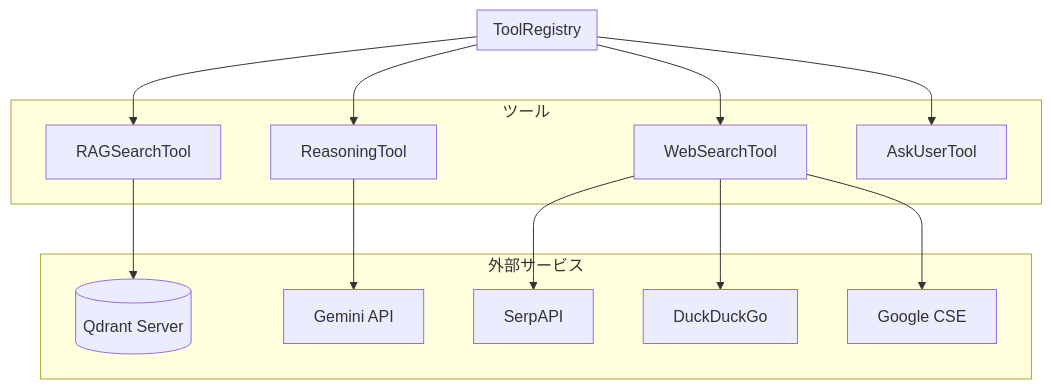
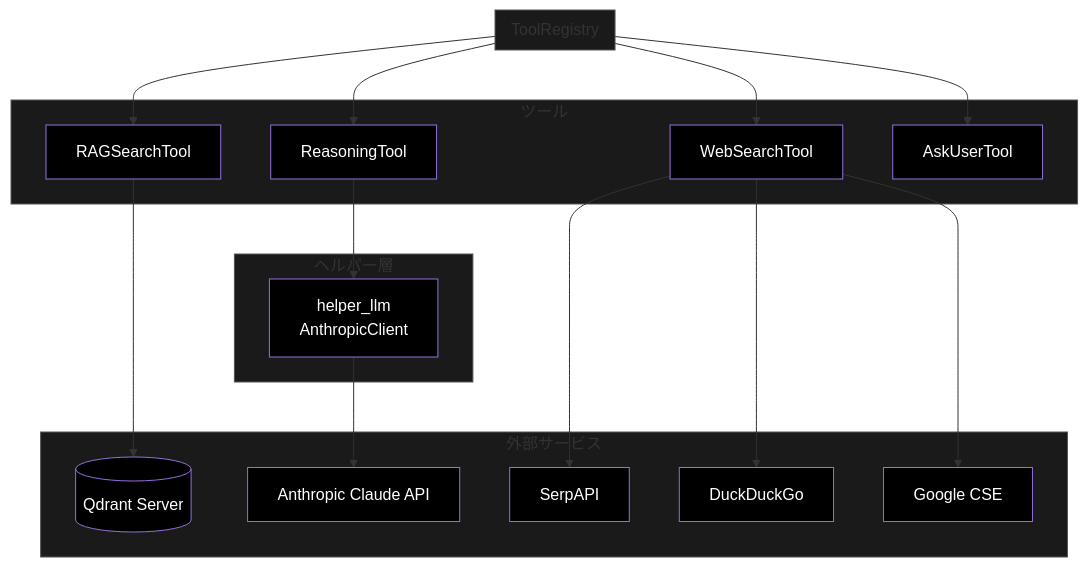
The fourth of 4 diagrams in grace/doc/tools.md (nakashima2toshio/anthropic_grace_agent), drawn with Mermaid before and after one commit. The commit also changed other lines of this file and 18 other files, not shown here.

````diff
--- a/grace/doc/tools.md
+++ b/grace/doc/tools.md
@@ -1856,31 +1923,51 @@
 ```mermaid
 flowchart TB
     subgraph REG["ToolRegistry"]
         direction LR
     end
 
     subgraph TOOLS_GRP["ツール"]
         RAG_T["RAGSearchTool"]
         WEB_T["WebSearchTool"]
         REASON_T["ReasoningTool"]
         ASK_T["AskUserTool"]
     end
 
+    subgraph HELPER_GRP["ヘルパー層"]
+        HELPER_LLM["helper_llm\nAnthropicClient"]
+    end
+
     subgraph SERVICES["外部サービス"]
         QDRANT_SVC[(Qdrant Server)]
-        GEMINI_SVC[Gemini API]
+        ANTHROPIC_SVC[Anthropic Claude API]
         SERPAPI_SVC[SerpAPI]
         DDG_SVC[DuckDuckGo]
         GCSE_SVC[Google CSE]
     end
 
     REG --> RAG_T
     REG --> WEB_T
     REG --> REASON_T
     REG --> ASK_T
     RAG_T --> QDRANT_SVC
     WEB_T --> SERPAPI_SVC
     WEB_T --> DDG_SVC
     WEB_T --> GCSE_SVC
-    REASON_T --> GEMINI_SVC
+    REASON_T --> HELPER_LLM
+    HELPER_LLM --> ANTHROPIC_SVC
+
+    style RAG_T fill:#000,color:#fff
+    style WEB_T fill:#000,color:#fff
+    style REASON_T fill:#000,color:#fff
+    style ASK_T fill:#000,color:#fff
+    style HELPER_LLM fill:#000,color:#fff
+    style QDRANT_SVC fill:#000,color:#fff
+    style ANTHROPIC_SVC fill:#000,color:#fff
+    style SERPAPI_SVC fill:#000,color:#fff
+    style DDG_SVC fill:#000,color:#fff
+    style GCSE_SVC fill:#000,color:#fff
+    style REG fill:#1a1a1a,stroke:#555
+    style TOOLS_GRP fill:#1a1a1a,stroke:#555
+    style HELPER_GRP fill:#1a1a1a,stroke:#555
+    style SERVICES fill:#1a1a1a,stroke:#555
 ```
````
